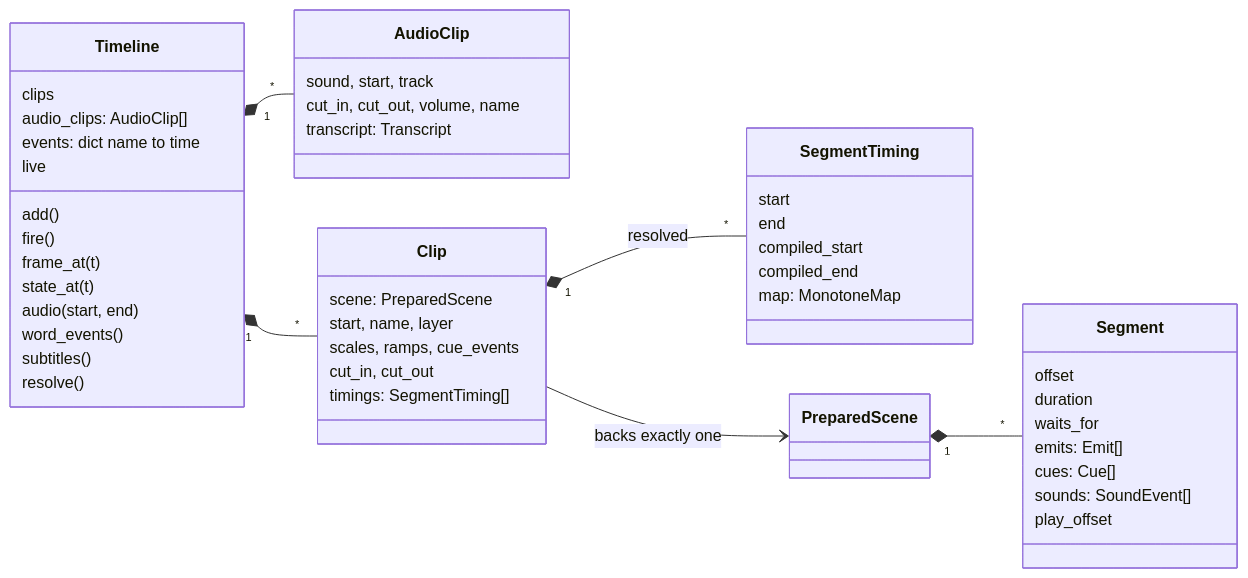
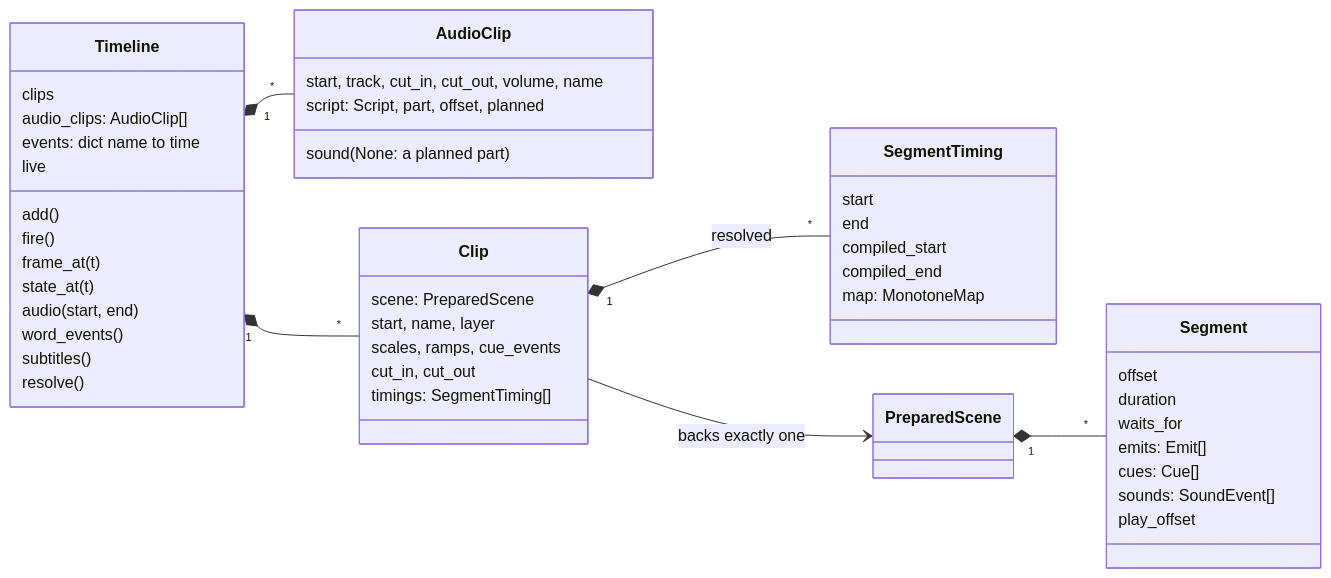
Before and after one commit to MrDiver/manim: the fifth of 8 diagrams in manimx/ARCHITECTURE.md, drawn with Mermaid. The commit also changed other lines of this file and 29 other files, not shown here.

````diff
--- a/manimx/ARCHITECTURE.md
+++ b/manimx/ARCHITECTURE.md
@@ -410,51 +410,51 @@
 ```mermaid
 classDiagram
     direction LR
     class Timeline {
         clips
         audio_clips: AudioClip[]
         events: dict name to time
         live
         add()
         fire()
         frame_at(t)
         state_at(t)
         audio(start, end)
         word_events()
         subtitles()
         resolve()
     }
     class AudioClip {
-        sound, start, track
-        cut_in, cut_out, volume, name
-        transcript: Transcript
+        sound (None: a planned part)
+        start, track, cut_in, cut_out, volume, name
+        script: Script, part, offset, planned
     }
     class Clip {
         scene: PreparedScene
         start, name, layer
         scales, ramps, cue_events
         cut_in, cut_out
         timings: SegmentTiming[]
     }
     class SegmentTiming {
         start
         end
         compiled_start
         compiled_end
         map: MonotoneMap
     }
     class Segment {
         offset
         duration
         waits_for
         emits: Emit[]
         cues: Cue[]
         sounds: SoundEvent[]
         play_offset
     }
     Timeline "1" *-- "*" Clip
     Timeline "1" *-- "*" AudioClip
     Clip --> PreparedScene : backs exactly one
     Clip "1" *-- "*" SegmentTiming : resolved
     PreparedScene "1" *-- "*" Segment
 ```
````
